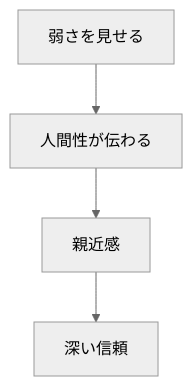
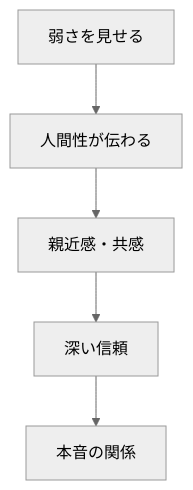
The fourth of 4 diagrams in content/blog/285-trust-bank-relationship-assets.md (tndg16-bot/portfolio-site), drawn with Mermaid (neutral theme) before and after one commit. The commit also changed other lines of this file and 19 other files, not shown here.

````diff
--- a/content/blog/285-trust-bank-relationship-assets.md
+++ b/content/blog/285-trust-bank-relationship-assets.md
@@ -78,6 +93,7 @@
 ```mermaid
 graph TD
     A[弱さを見せる] --> B[人間性が伝わる]
-    B --> C[親近感]
+    B --> C[親近感・共感]
     C --> D[深い信頼]
+    D --> E[本音の関係]
 ```
````
